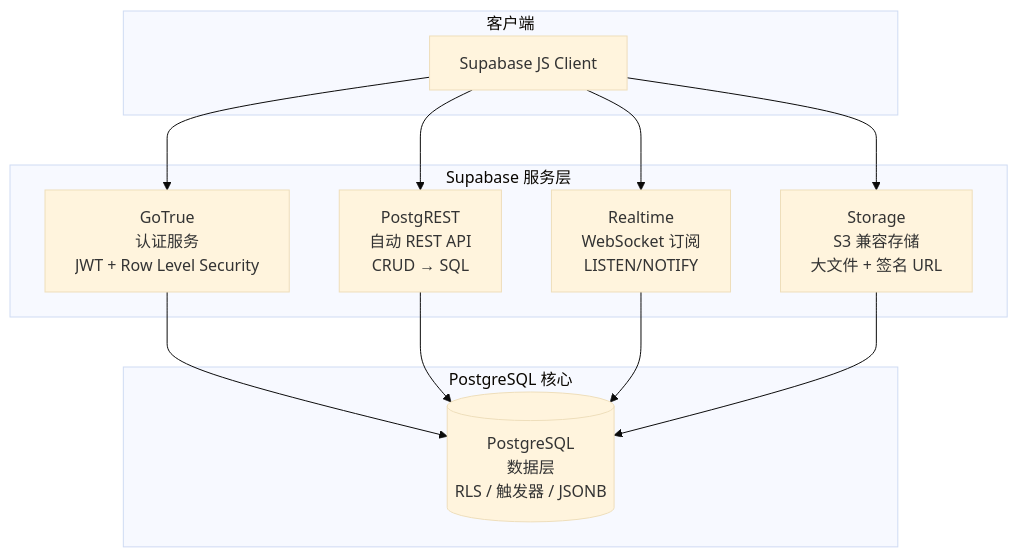
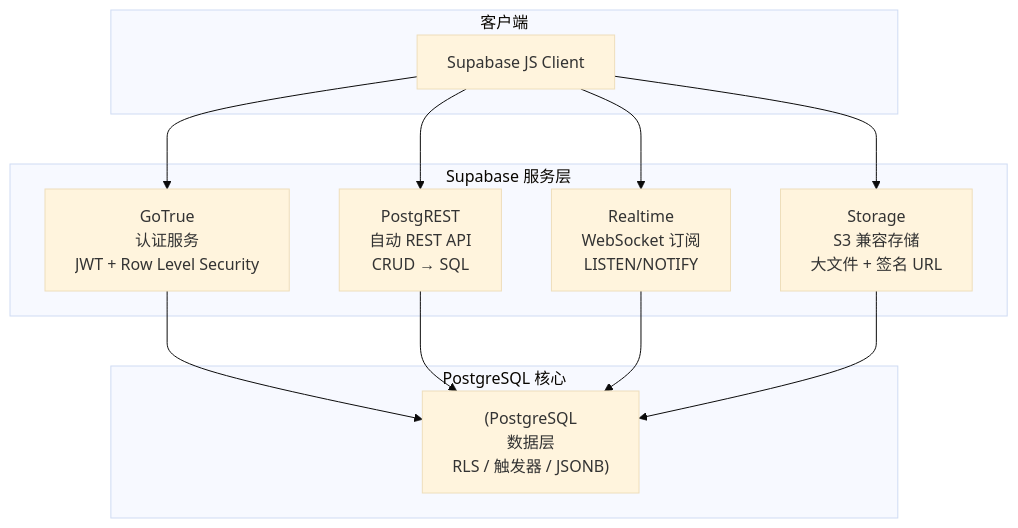
Before and after one commit to moklgydocs/moklgydocs.github.io: the diagram in src/后端开发/数据库/PostgreSQL/04_实战篇/01_Supabase实战.md, drawn with Mermaid (base theme). The commit also changed 178 other files, not shown here.

First line of the commit message:
fix: 修复 mermaid 图表语法错误 - 为含 <br/> 的标签添加引号、修复未闭合引号

````diff
--- a/src/后端开发/数据库/PostgreSQL/04_实战篇/01_Supabase实战.md
+++ b/src/后端开发/数据库/PostgreSQL/04_实战篇/01_Supabase实战.md
@@ -23,27 +23,27 @@
 ```mermaid
 flowchart TB
     subgraph 客户端
         SDK[Supabase JS Client]
     end
 
     subgraph Supabase 服务层
-        AUTH[GoTrue<br/>认证服务<br/>JWT + Row Level Security]
-        REST[PostgREST<br/>自动 REST API<br/>CRUD → SQL]
-        RT[Realtime<br/>WebSocket 订阅<br/>LISTEN/NOTIFY]
-        STG[Storage<br/>S3 兼容存储<br/>大文件 + 签名 URL]
+        AUTH["GoTrue<br/>认证服务<br/>JWT + Row Level Security"]
+        REST["PostgREST<br/>自动 REST API<br/>CRUD → SQL"]
+        RT["Realtime<br/>WebSocket 订阅<br/>LISTEN/NOTIFY"]
+        STG["Storage<br/>S3 兼容存储<br/>大文件 + 签名 URL"]
     end
 
     subgraph PostgreSQL 核心
-        PG[(PostgreSQL<br/>数据层<br/>RLS / 触发器 / JSONB)]
+        PG["(PostgreSQL<br/>数据层<br/>RLS / 触发器 / JSONB)"]
     end
 
     SDK --> AUTH
     SDK --> REST
     SDK --> RT
     SDK --> STG
 
     AUTH --> PG
     REST --> PG
     RT --> PG
     STG --> PG
 ```
````
